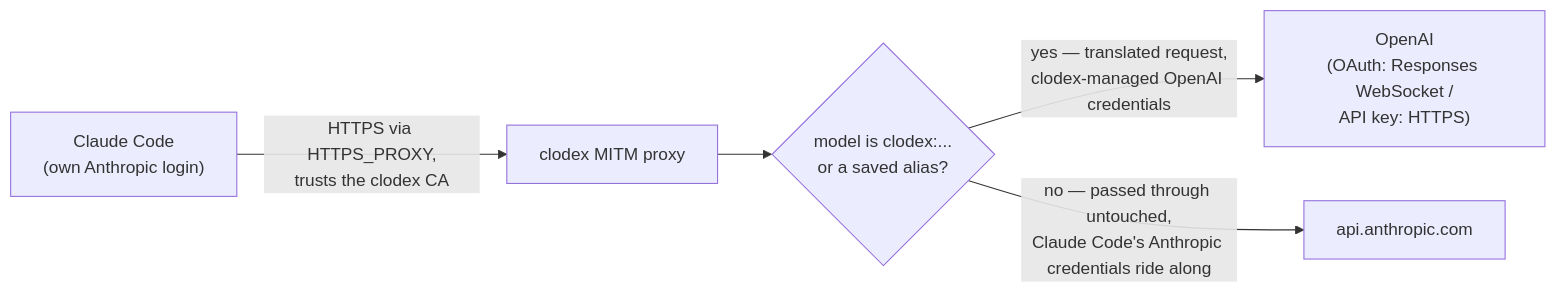
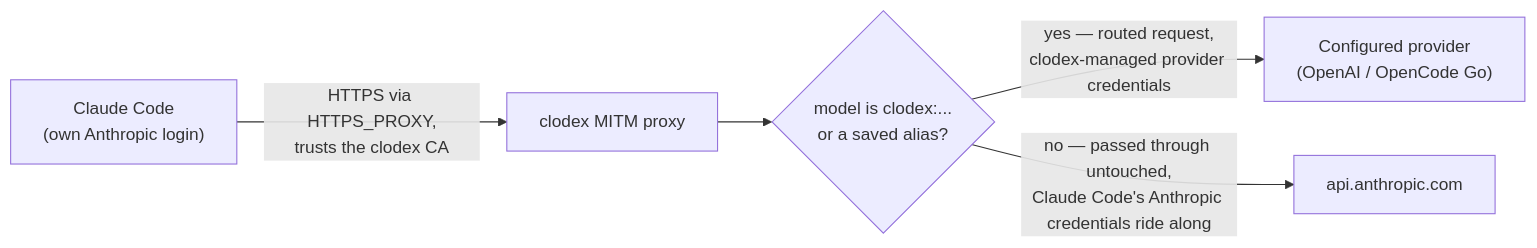
One commit to JohanCodinha/clodex changed the first of 2 diagrams in README.md. Above: the diagram before and after it, drawn with Mermaid. The commit also changed other lines of this file and 44 other files, not shown here.

First line of the commit message:
feat(providers): add OpenCode Go so you can use its 17 models in Claude Code

````diff
--- a/README.md
+++ b/README.md
@@ -74,7 +88,7 @@
 ```mermaid
 flowchart LR
     CC["Claude Code<br/>(own Anthropic login)"] -->|"HTTPS via HTTPS_PROXY,<br/>trusts the clodex CA"| MITM["clodex MITM proxy"]
     MITM --> DEC{"model is clodex:...<br/>or a saved alias?"}
-    DEC -->|"yes — translated request,<br/>clodex-managed OpenAI credentials"| OAI["OpenAI<br/>(OAuth: Responses WebSocket /<br/>API key: HTTPS)"]
+    DEC -->|"yes — routed request,<br/>clodex-managed provider credentials"| UP["Configured provider<br/>(OpenAI / OpenCode Go)"]
     DEC -->|"no — passed through untouched,<br/>Claude Code's Anthropic credentials ride along"| ANT["api.anthropic.com"]
 ```
````
